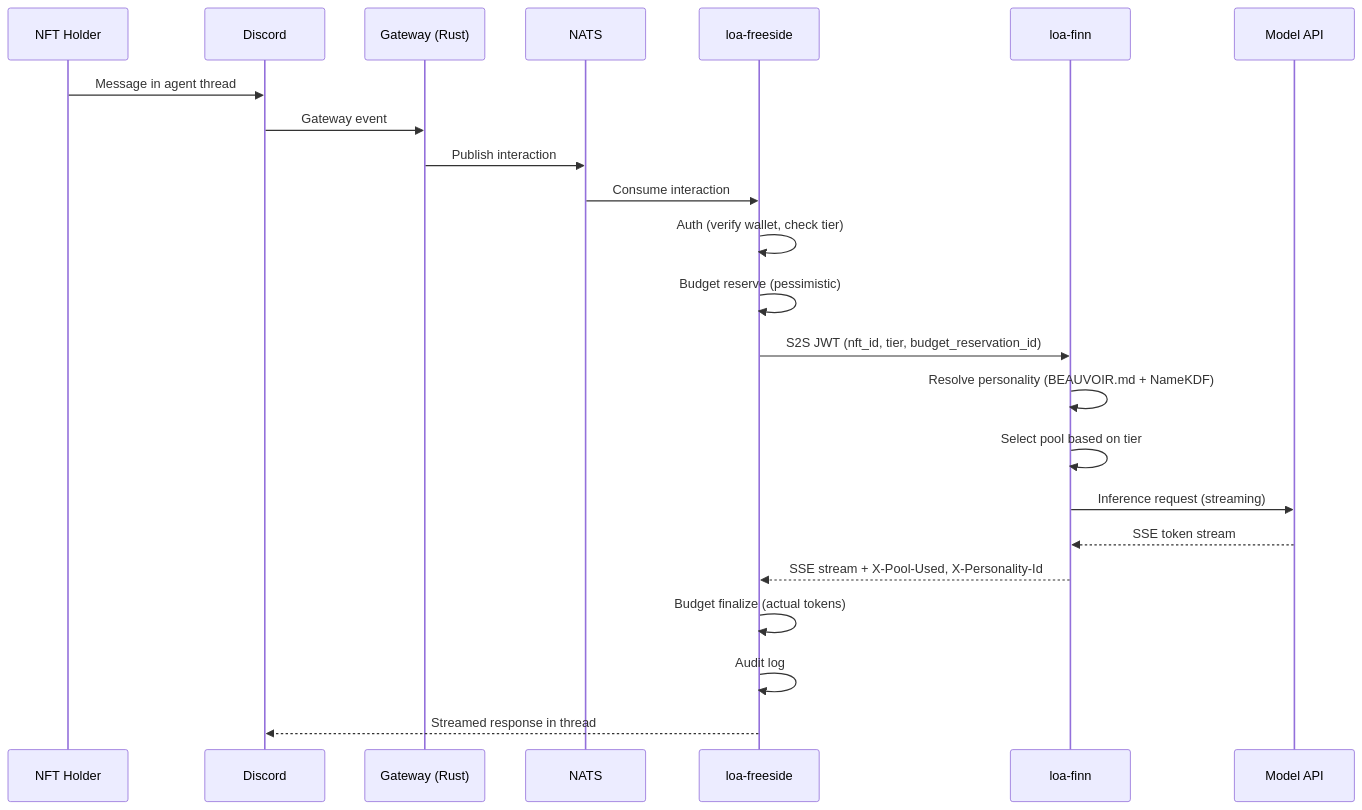
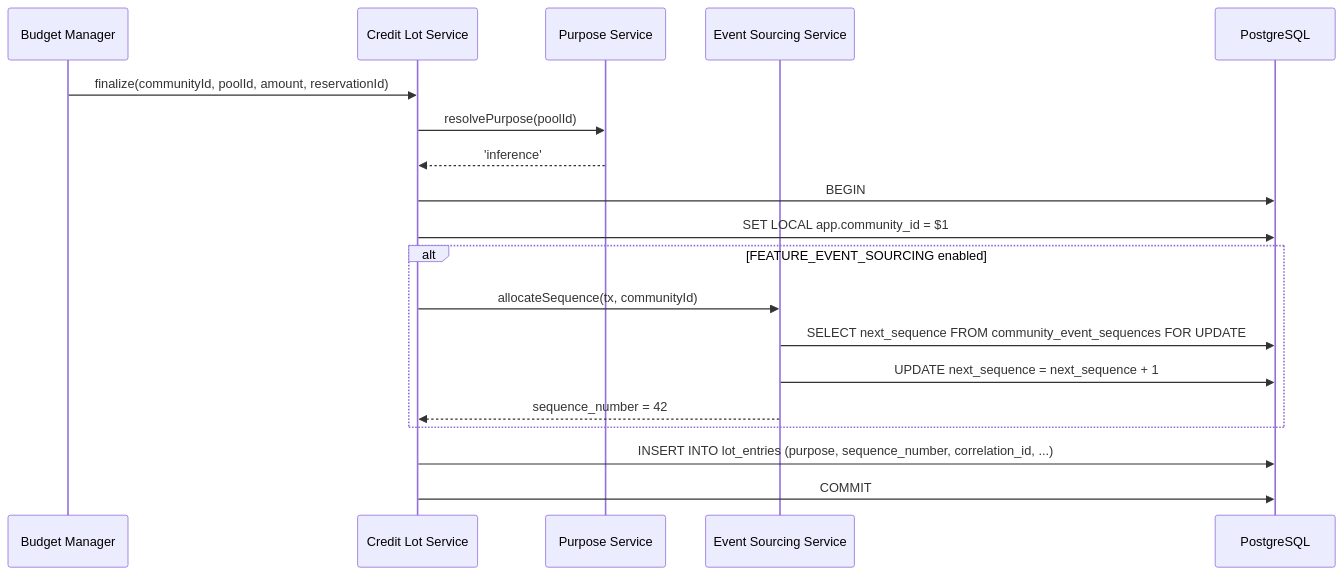
The second of 5 diagrams in grimoires/loa/sdd.md (0xHoneyJar/loa-freeside), drawn with Mermaid before and after one commit. The commit also changed other lines of this file and 149 other files, not shown here.

````diff
--- a/grimoires/loa/sdd.md
+++ b/grimoires/loa/sdd.md
@@ -156,26 +137,22 @@
 ```mermaid
 sequenceDiagram
-    participant U as NFT Holder
-    participant D as Discord
-    participant GW as Gateway (Rust)
-    participant N as NATS
-    participant API as loa-freeside
-    participant F as loa-finn
-    participant M as Model API
+    participant BM as Budget Manager
+    participant CLS as Credit Lot Service
+    participant PS as Purpose Service
+    participant ESS as Event Sourcing Service
+    participant PG as PostgreSQL
 
-    U->>D: Message in agent thread
-    D->>GW: Gateway event
-    GW->>N: Publish interaction
-    N->>API: Consume interaction
-    API->>API: Auth (verify wallet, check tier)
-    API->>API: Budget reserve (pessimistic)
-    API->>F: S2S JWT (nft_id, tier, budget_reservation_id)
-    F->>F: Resolve personality (BEAUVOIR.md + NameKDF)
-    F->>F: Select pool based on tier
-    F->>M: Inference request (streaming)
-    M-->>F: SSE token stream
-    F-->>API: SSE stream + X-Pool-Used, X-Personality-Id
-    API->>API: Budget finalize (actual tokens)
-    API->>API: Audit log
-    API-->>D: Streamed response in thread
+    BM->>CLS: finalize(communityId, poolId, amount, reservationId)
+    CLS->>PS: resolvePurpose(poolId)
+    PS-->>CLS: 'inference'
+    CLS->>PG: BEGIN
+    CLS->>PG: SET LOCAL app.community_id = $1
+    alt FEATURE_EVENT_SOURCING enabled
+        CLS->>ESS: allocateSequence(tx, communityId)
+        ESS->>PG: SELECT next_sequence FROM community_event_sequences FOR UPDATE
+        ESS->>PG: UPDATE next_sequence = next_sequence + 1
+        ESS-->>CLS: sequence_number = 42
+    end
+    CLS->>PG: INSERT INTO lot_entries (purpose, sequence_number, correlation_id, ...)
+    CLS->>PG: COMMIT
 ```
````
